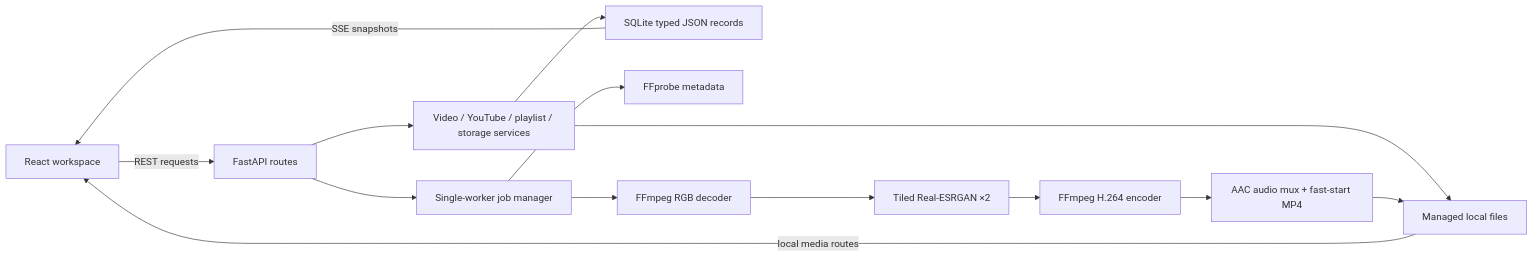
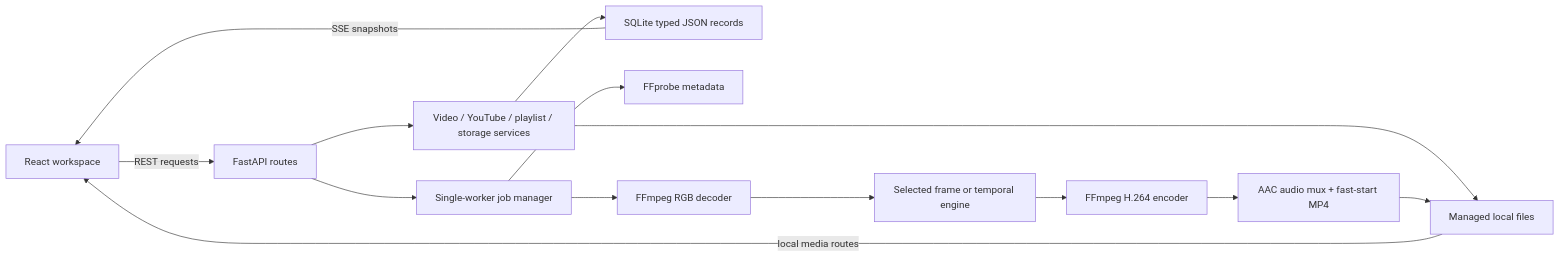
Before and after one commit to ravi0531rp/OhIc: the diagram in DEVELOPER_README.md, drawn with Mermaid. The commit also changed other lines of this file and 27 other files, not shown here.

Commit message:
feat: integrate RealBasicVSR as experimental engine

````diff
--- a/DEVELOPER_README.md
+++ b/DEVELOPER_README.md
@@ -398,16 +401,16 @@
 ```mermaid
 flowchart LR
   UI["React workspace"] -->|"REST requests"| API["FastAPI routes"]
   API --> Services["Video / YouTube / playlist / storage services"]
   Services --> DB["SQLite typed JSON records"]
   Services --> FS["Managed local files"]
   API --> Jobs["Single-worker job manager"]
   Jobs --> Probe["FFprobe metadata"]
   Jobs --> Decode["FFmpeg RGB decoder"]
-  Decode --> AI["Tiled Real-ESRGAN ×2"]
+  Decode --> AI["Selected frame or temporal engine"]
   AI --> Encode["FFmpeg H.264 encoder"]
   Encode --> Mux["AAC audio mux + fast-start MP4"]
   Mux --> FS
   DB -->|"SSE snapshots"| UI
   FS -->|"local media routes"| UI
 ```
````
